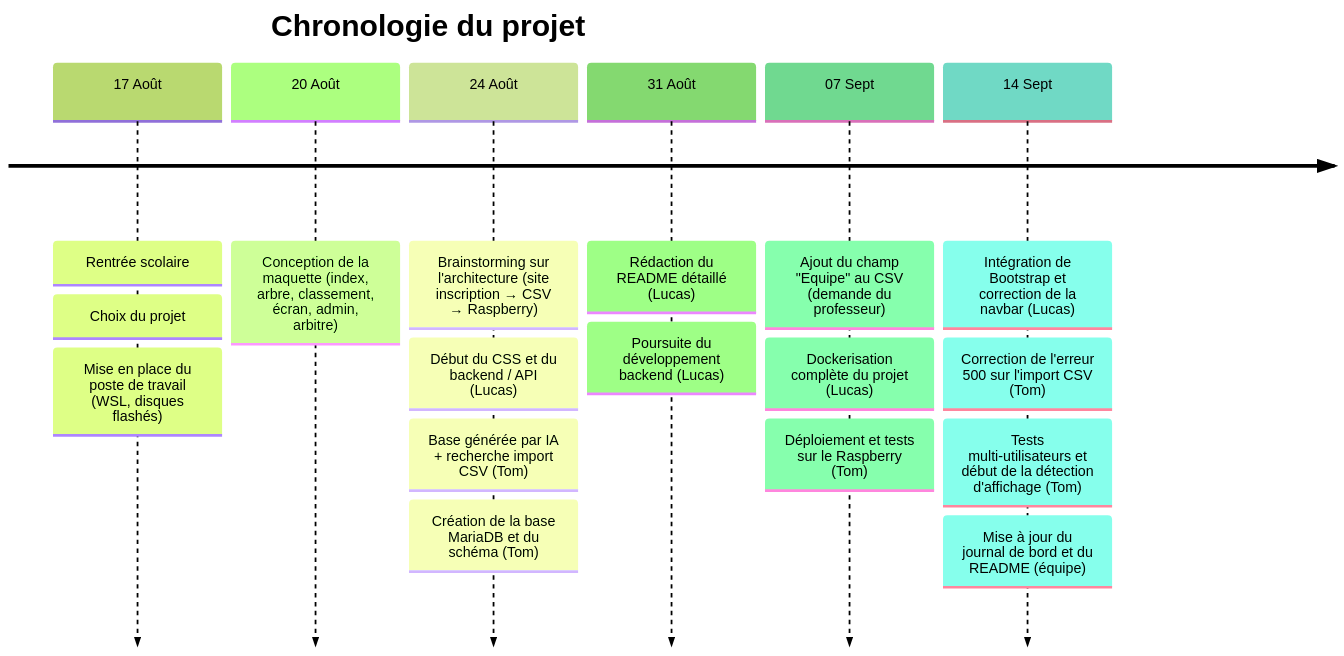
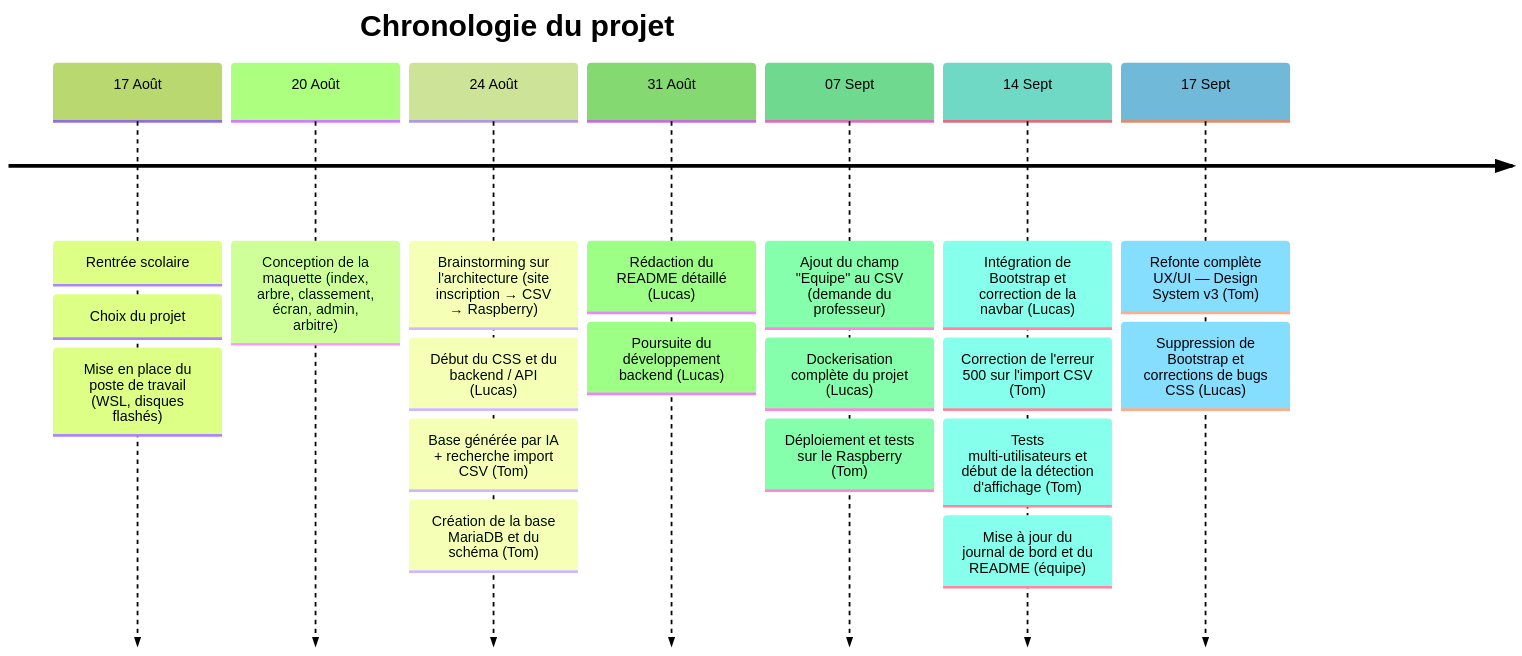
One commit to CFPT-AWEB-PH/2026-27_I.DA-P3B_LuTo changed the first of 3 diagrams in journalDeBord.md. Above: the diagram before and after it, drawn with Mermaid (forest theme). The commit also changed other lines of this file, not shown here.

First line of the commit message:
Complete UX/UI overhaul and CSS bug fixes

````diff
--- a/journalDeBord.md
+++ b/journalDeBord.md
@@ -11,21 +11,23 @@
 ```mermaid
 timeline
     title Chronologie du projet
     17 Août : Rentrée scolaire
             : Choix du projet
             : Mise en place du poste de travail (WSL, disques flashés)
     20 Août : Conception de la maquette (index, arbre, classement, écran, admin, arbitre)
     24 Août : Brainstorming sur l'architecture (site inscription → CSV → Raspberry)
             : Début du CSS et du backend / API (Lucas)
             : Base générée par IA + recherche import CSV (Tom)
             : Création de la base MariaDB et du schéma (Tom)
     31 Août : Rédaction du README détaillé (Lucas)
             : Poursuite du développement backend (Lucas)
     07 Sept : Ajout du champ "Equipe" au CSV (demande du professeur)
             : Dockerisation complète du projet (Lucas)
             : Déploiement et tests sur le Raspberry (Tom)
     14 Sept : Intégration de Bootstrap et correction de la navbar (Lucas)
             : Correction de l'erreur 500 sur l'import CSV (Tom)
             : Tests multi-utilisateurs et début de la détection d'affichage (Tom)
             : Mise à jour du journal de bord et du README (équipe)
+    17 Sept : Refonte complète UX/UI — Design System v3 (Tom)
+            : Suppression de Bootstrap et corrections de bugs CSS (Lucas)
 ```
````
